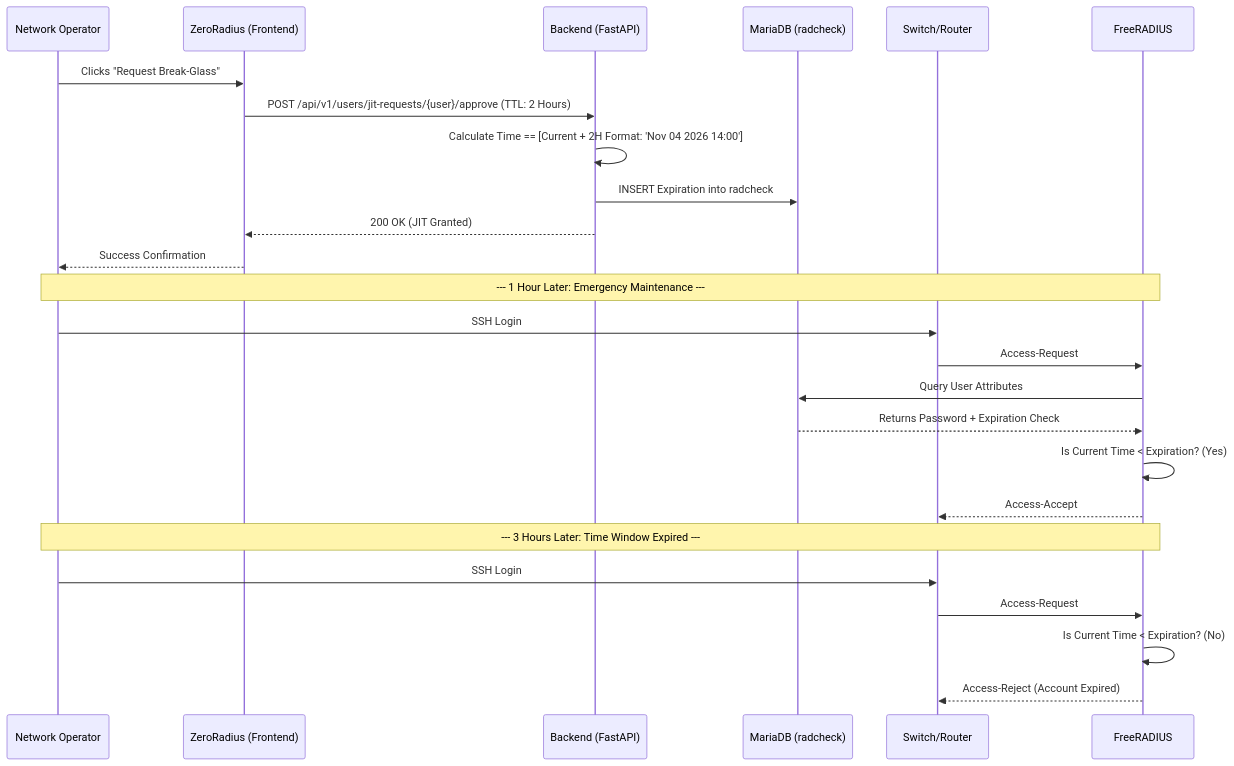
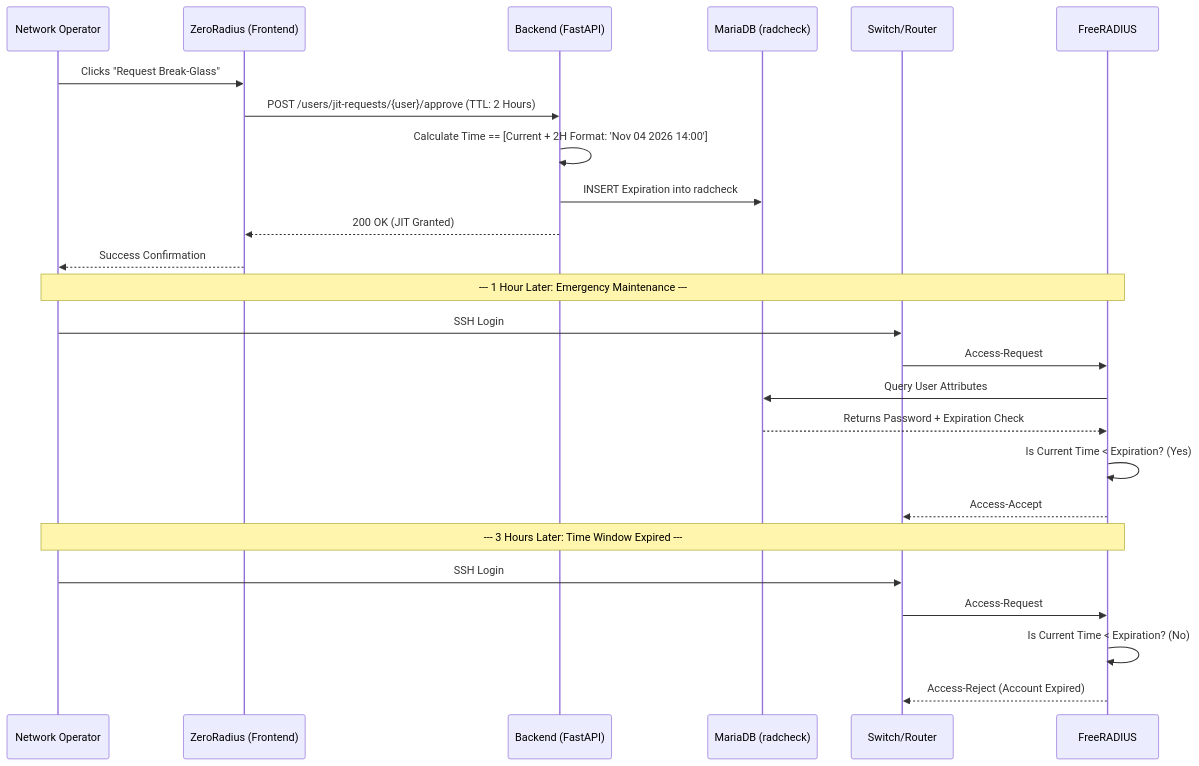
The diagram in docs/03-jit-break-glass.md (alexandervazquez98/ZeroRadius), drawn with Mermaid before and after one commit. The commit also changed other lines of this file and 26 other files, not shown here.

````diff
--- a/docs/03-jit-break-glass.md
+++ b/docs/03-jit-break-glass.md
@@ -27,30 +27,30 @@
 ```mermaid
 sequenceDiagram
     participant Oper as Network Operator
     participant ZR as ZeroRadius (Frontend)
     participant API as Backend (FastAPI)
     participant DB as MariaDB (radcheck)
     participant NAS as Switch/Router
     participant Radius as FreeRADIUS
 
     Oper->>ZR: Clicks "Request Break-Glass"
-    ZR->>API: POST /api/v1/users/jit-requests/{user}/approve (TTL: 2 Hours)
+    ZR->>API: POST /users/jit-requests/{user}/approve (TTL: 2 Hours)
     API->>API: Calculate Time == [Current + 2H Format: 'Nov 04 2026 14:00']
     API->>DB: INSERT Expiration into radcheck
     API-->>ZR: 200 OK (JIT Granted)
     ZR-->>Oper: Success Confirmation
 
     Note over Oper,Radius: --- 1 Hour Later: Emergency Maintenance ---
     Oper->>NAS: SSH Login
     NAS->>Radius: Access-Request
     Radius->>DB: Query User Attributes
     DB-->>Radius: Returns Password + Expiration Check
     Radius->>Radius: Is Current Time < Expiration? (Yes)
     Radius-->>NAS: Access-Accept
 
     Note over Oper,Radius: --- 3 Hours Later: Time Window Expired ---
     Oper->>NAS: SSH Login
     NAS->>Radius: Access-Request
     Radius->>Radius: Is Current Time < Expiration? (No)
     Radius-->>NAS: Access-Reject (Account Expired)
 ```
````
